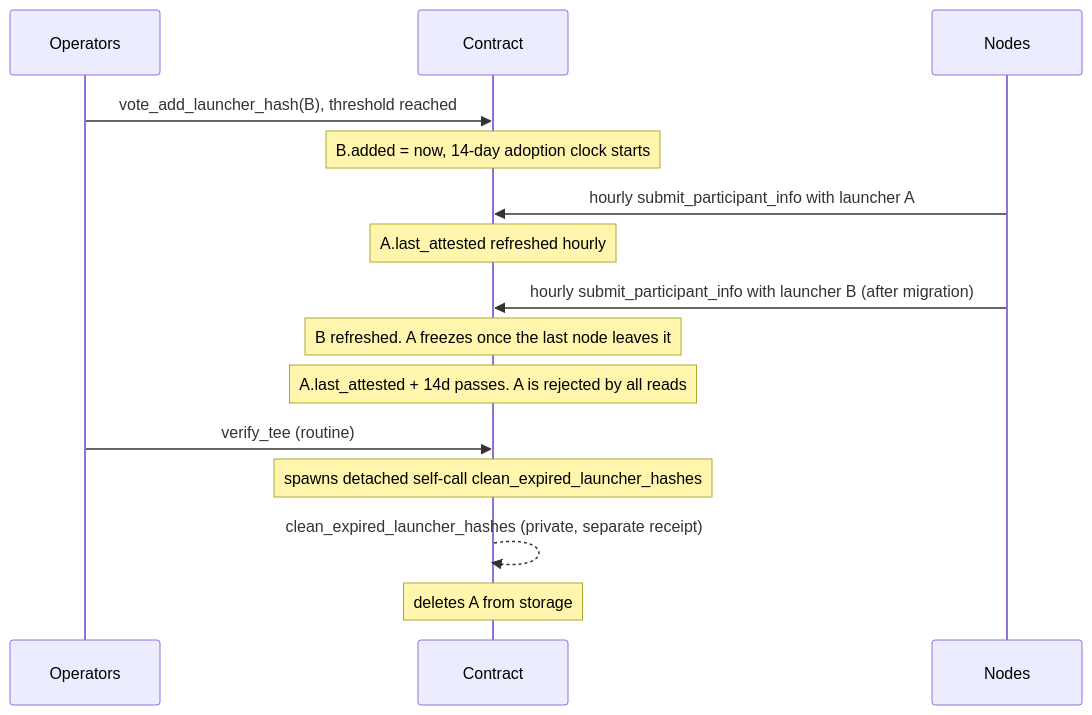
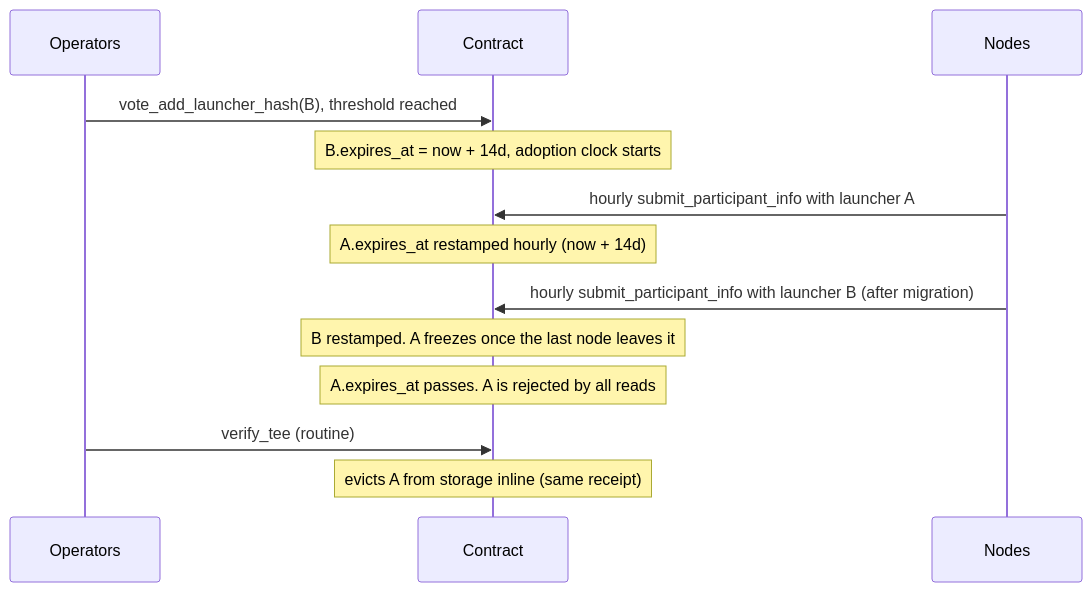
One commit to near/mpc changed the diagram in docs/design/auto-remove-launcher-hashes-design.md. Above: the diagram before and after it, drawn with Mermaid. The commit also changed other lines of this file and 22 other files, not shown here.

Commit message:
feat(contract): auto-expire unused launcher image hashes (#3564)

````diff
--- a/docs/design/auto-remove-launcher-hashes-design.md
+++ b/docs/design/auto-remove-launcher-hashes-design.md
@@ -86,18 +94,16 @@
 ```mermaid
 sequenceDiagram
     participant Ops as Operators
     participant C as Contract
     participant N as Nodes
 
     Ops->>C: vote_add_launcher_hash(B), threshold reached
-    Note over C: B.added = now, 14-day adoption clock starts
+    Note over C: B.expires_at = now + 14d, adoption clock starts
     N->>C: hourly submit_participant_info with launcher A
-    Note over C: A.last_attested refreshed hourly
+    Note over C: A.expires_at restamped hourly (now + 14d)
     N->>C: hourly submit_participant_info with launcher B (after migration)
-    Note over C: B refreshed. A freezes once the last node leaves it
-    Note over C: A.last_attested + 14d passes. A is rejected by all reads
+    Note over C: B restamped. A freezes once the last node leaves it
+    Note over C: A.expires_at passes. A is rejected by all reads
     Ops->>C: verify_tee (routine)
-    Note over C: spawns detached self-call clean_expired_launcher_hashes
-    C-->>C: clean_expired_launcher_hashes (private, separate receipt)
-    Note over C: deletes A from storage
+    Note over C: evicts A from storage inline (same receipt)
 ```
````
